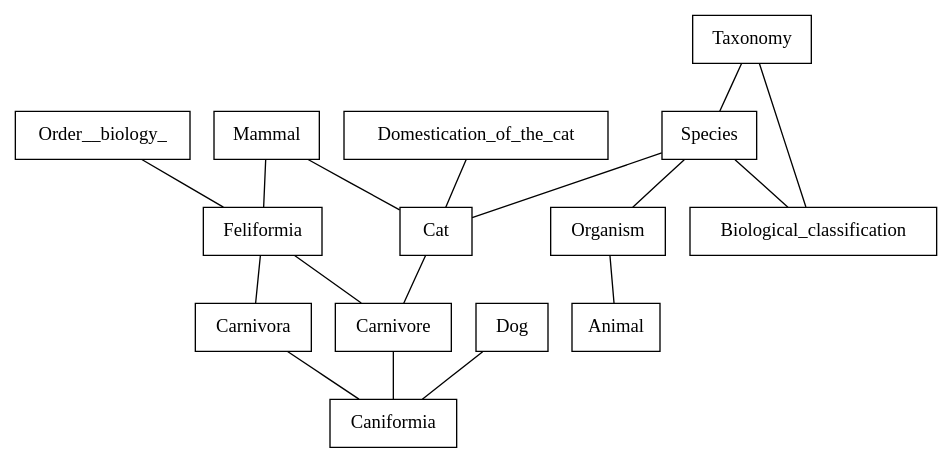
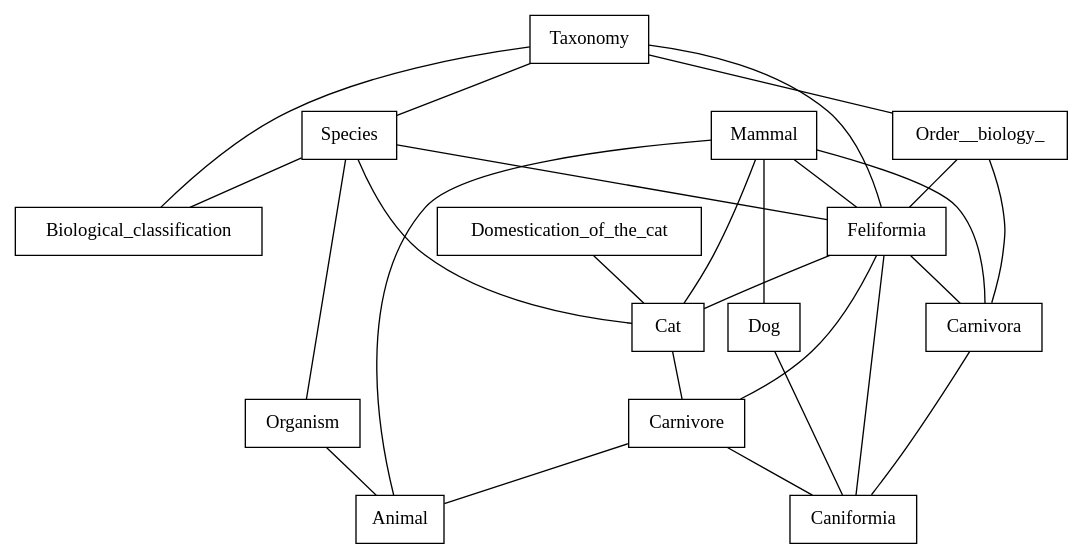
One commit to lilbarbar/wiki-game changed the diagram in output.dot. Above: the diagram before and after it, drawn with Graphviz. The commit also changed 3 other files, not shown here.

```diff
--- a/output.dot
+++ b/output.dot
@@ -1,35 +1,45 @@
 digraph G {
   Organism [fillcolor="#0003E8", shape=box, ];
   Animal [fillcolor="#0003E8", shape=box, ];
   Carnivora [fillcolor="#0003E8", shape=box, ];
   Mammal [fillcolor="#0003E8", shape=box, ];
   Order__biology_ [fillcolor="#0003E8", shape=box, ];
   Dog [fillcolor="#0003E8", shape=box, ];
   Feliformia [fillcolor="#0003E8", shape=box, ];
   Taxonomy [fillcolor="#0003E8", shape=box, ];
   Domestication_of_the_cat [fillcolor="#0003E8", shape=box, ];
   Carnivore [fillcolor="#0003E8", shape=box, ];
   Cat [fillcolor="#0003E8", shape=box, ];
   Biological_classification [fillcolor="#0003E8", shape=box, ];
   Caniformia [fillcolor="#0003E8", shape=box, ];
   Species [fillcolor="#0003E8", shape=box, ];
   
   
   Organism -> Animal [dir=none, ];
   Carnivora -> Caniformia [dir=none, ];
+  Mammal -> Animal [dir=none, ];
+  Mammal -> Carnivora [dir=none, ];
   Mammal -> Cat [dir=none, ];
+  Mammal -> Dog [dir=none, ];
   Mammal -> Feliformia [dir=none, ];
+  Order__biology_ -> Carnivora [dir=none, ];
   Order__biology_ -> Feliformia [dir=none, ];
   Dog -> Caniformia [dir=none, ];
+  Feliformia -> Caniformia [dir=none, ];
   Feliformia -> Carnivora [dir=none, ];
   Feliformia -> Carnivore [dir=none, ];
+  Feliformia -> Cat [dir=none, ];
   Taxonomy -> Biological_classification [dir=none, ];
+  Taxonomy -> Feliformia [dir=none, ];
+  Taxonomy -> Order__biology_ [dir=none, ];
   Taxonomy -> Species [dir=none, ];
   Domestication_of_the_cat -> Cat [dir=none, ];
+  Carnivore -> Animal [dir=none, ];
   Carnivore -> Caniformia [dir=none, ];
   Cat -> Carnivore [dir=none, ];
   Species -> Biological_classification [dir=none, ];
   Species -> Cat [dir=none, ];
+  Species -> Feliformia [dir=none, ];
   Species -> Organism [dir=none, ];
   
   }
```
